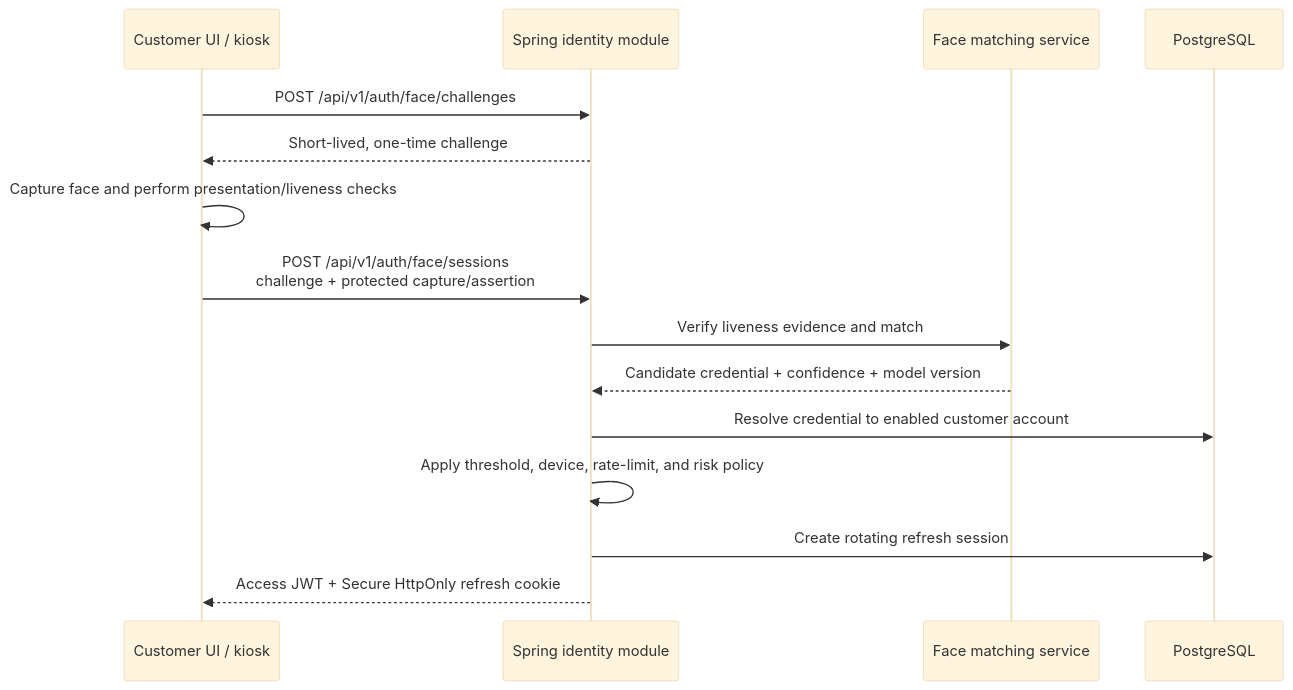
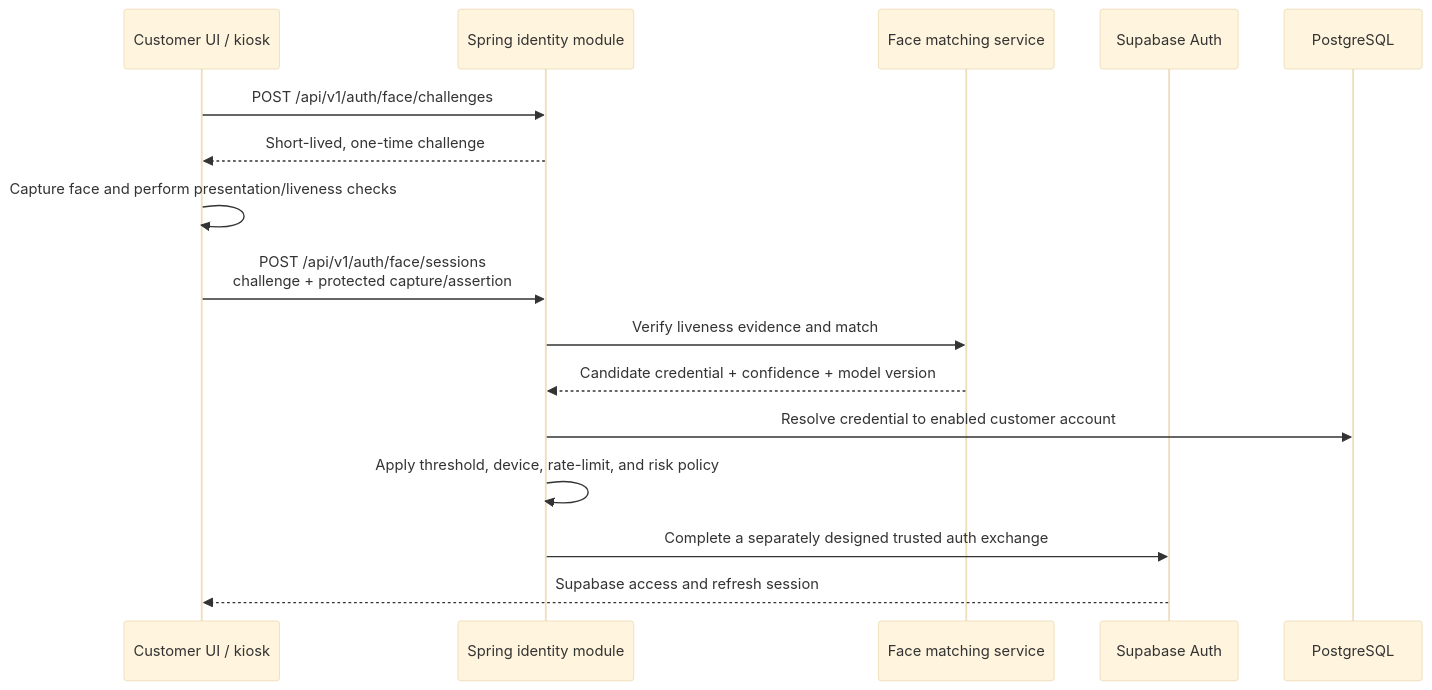
The diagram in docs/architecture/face-authentication.md (Cyrus-Krispin/bubble-tea-shop), drawn with Mermaid (base theme) before and after one commit. The commit also changed other lines of this file and 10 other files, not shown here.

Commit message:
Validate local Supabase Auth JWTs

````diff
--- a/docs/architecture/face-authentication.md
+++ b/docs/architecture/face-authentication.md
@@ -26,18 +26,19 @@
 ```mermaid
 sequenceDiagram
     participant UI as Customer UI / kiosk
     participant API as Spring identity module
     participant FACE as Face matching service
+    participant AUTH as Supabase Auth
     participant DB as PostgreSQL
 
     UI->>API: POST /api/v1/auth/face/challenges
     API-->>UI: Short-lived, one-time challenge
     UI->>UI: Capture face and perform presentation/liveness checks
     UI->>API: POST /api/v1/auth/face/sessions<br/>challenge + protected capture/assertion
     API->>FACE: Verify liveness evidence and match
     FACE-->>API: Candidate credential + confidence + model version
     API->>DB: Resolve credential to enabled customer account
     API->>API: Apply threshold, device, rate-limit, and risk policy
-    API->>DB: Create rotating refresh session
-    API-->>UI: Access JWT + Secure HttpOnly refresh cookie
+    API->>AUTH: Complete a separately designed trusted auth exchange
+    AUTH-->>UI: Supabase access and refresh session
 ```
````
